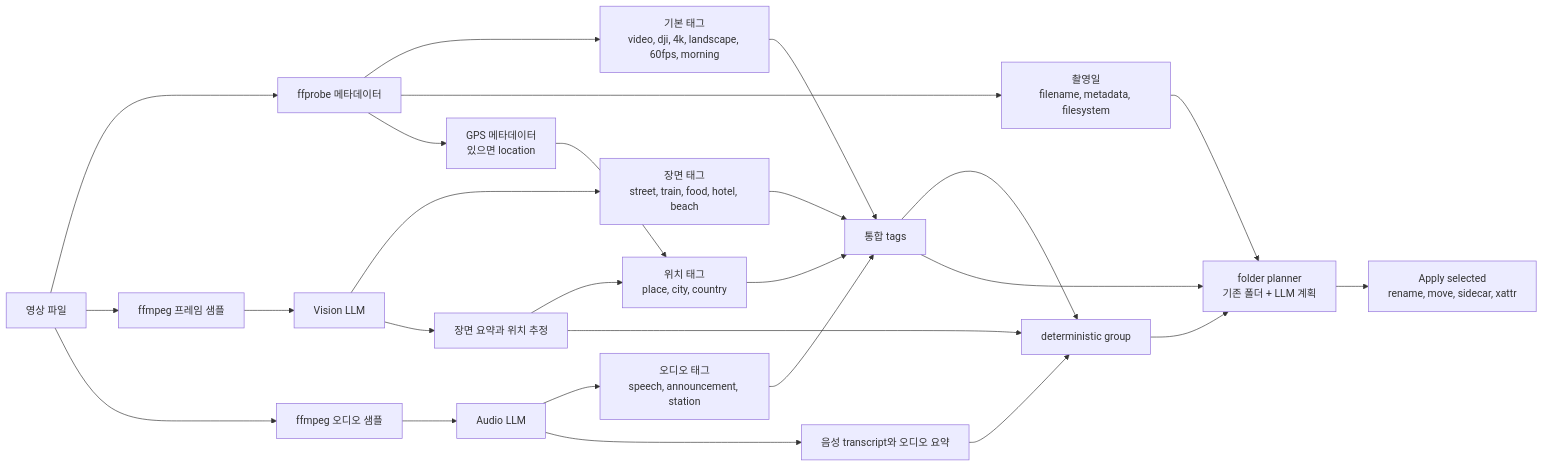
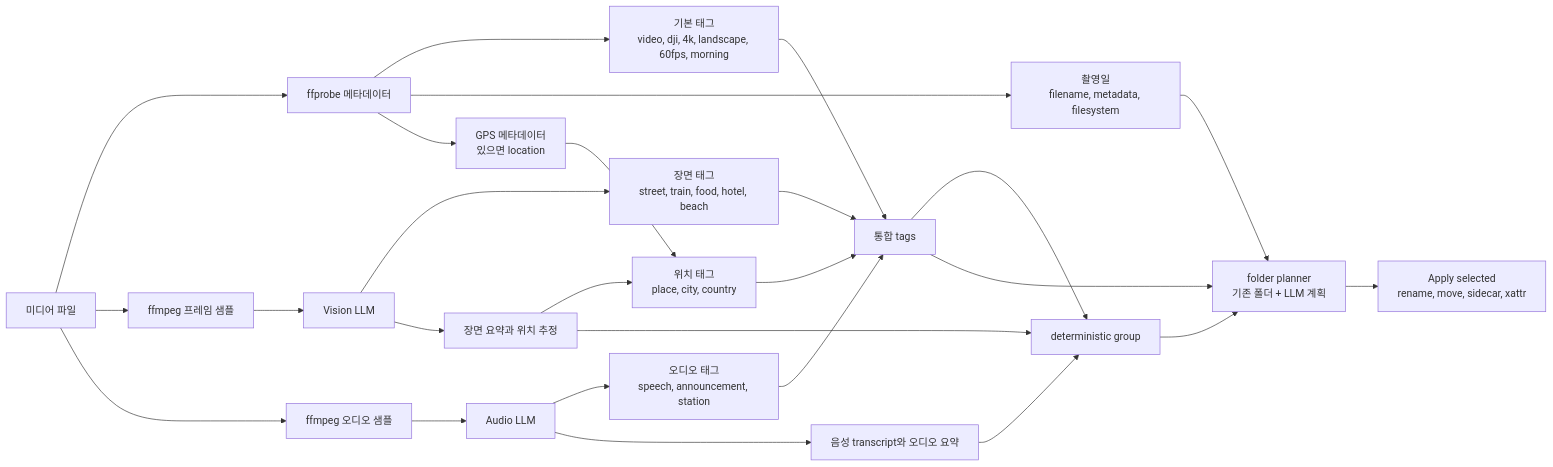
One commit to gongdongho12/clip-indexer changed the first of 2 diagrams in README.md. Above: the diagram before and after it, drawn with Mermaid. The commit also changed other lines of this file and 22 other files, not shown here.

````diff
--- a/README.md
+++ b/README.md
@@ -291,34 +315,34 @@
 ```mermaid
 flowchart LR
-  Video["영상 파일"] --> Probe["ffprobe 메타데이터"]
-  Video --> Frames["ffmpeg 프레임 샘플"]
-  Video --> Sound["ffmpeg 오디오 샘플"]
+  Media["미디어 파일"] --> Probe["ffprobe 메타데이터"]
+  Media --> Frames["ffmpeg 프레임 샘플"]
+  Media --> Sound["ffmpeg 오디오 샘플"]
 
   Probe --> BaseTags["기본 태그\nvideo, dji, 4k, landscape, 60fps, morning"]
   Probe --> ShotDate["촬영일\nfilename, metadata, filesystem"]
   Probe --> GPS["GPS 메타데이터\n있으면 location"]
 
   Frames --> VisionLLM["Vision LLM"]
   Sound --> AudioLLM["Audio LLM"]
 
   VisionLLM --> SceneTags["장면 태그\nstreet, train, food, hotel, beach"]
   VisionLLM --> SceneText["장면 요약과 위치 추정"]
   AudioLLM --> AudioTags["오디오 태그\nspeech, announcement, station"]
   AudioLLM --> Transcript["음성 transcript와 오디오 요약"]
   GPS --> LocationTags["위치 태그\nplace, city, country"]
   SceneText --> LocationTags
 
   BaseTags --> TagPool["통합 tags"]
   SceneTags --> TagPool
   AudioTags --> TagPool
   LocationTags --> TagPool
 
   TagPool --> Group["deterministic group"]
   SceneText --> Group
   Transcript --> Group
 
   Group --> FolderPlan["folder planner\n기존 폴더 + LLM 계획"]
   TagPool --> FolderPlan
   ShotDate --> FolderPlan
   FolderPlan --> Apply["Apply selected\nrename, move, sidecar, xattr"]
 ```
````
